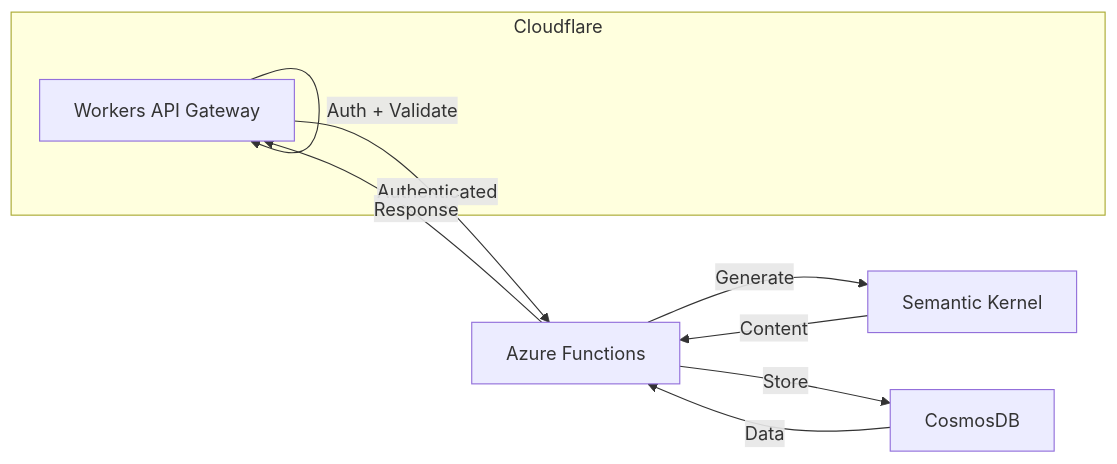
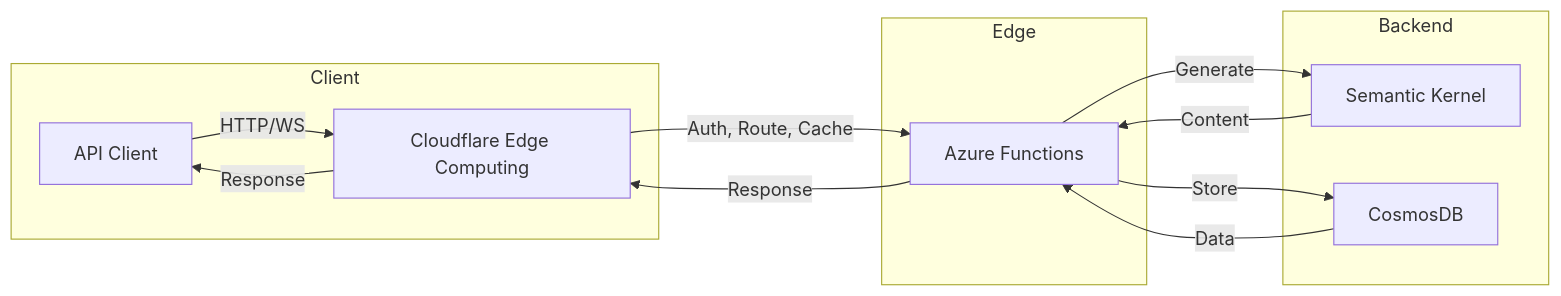
Before and after one commit to eric-fern/wizardteach: the third of 3 diagrams in README.md, drawn with Mermaid. The commit also changed other lines of this file and 1489 other files, not shown here.

````diff
--- a/README.md
+++ b/README.md
@@ -38,13 +143,21 @@
 ```mermaid
 graph LR
-    subgraph Cloudflare
-        CFW[Workers API Gateway]
-        CFW -->|Auth + Validate| CFW
+    subgraph Client
+        AC[API Client] -->|HTTP/WS| CF
     end
-    CFW -->|Authenticated| AF[Azure Functions]
-    AF -->|Generate| SK[Semantic Kernel]
-    AF -->|Store| DB[CosmosDB]
-    SK -->|Content| AF
-    DB -->|Data| AF
-    AF -->|Response| CFW
+    
+    subgraph Edge
+        CF[Cloudflare Edge Computing]
+        CF -->|"Auth, Route, Cache"| AF
+    end
+    
+    subgraph Backend
+        AF[Azure Functions] -->|Generate| SK[Semantic Kernel]
+        AF -->|Store| DB[CosmosDB]
+        SK -->|Content| AF
+        DB -->|Data| AF
+    end
+    
+    AF -->|Response| CF
+    CF -->|Response| AC
 ```
````
